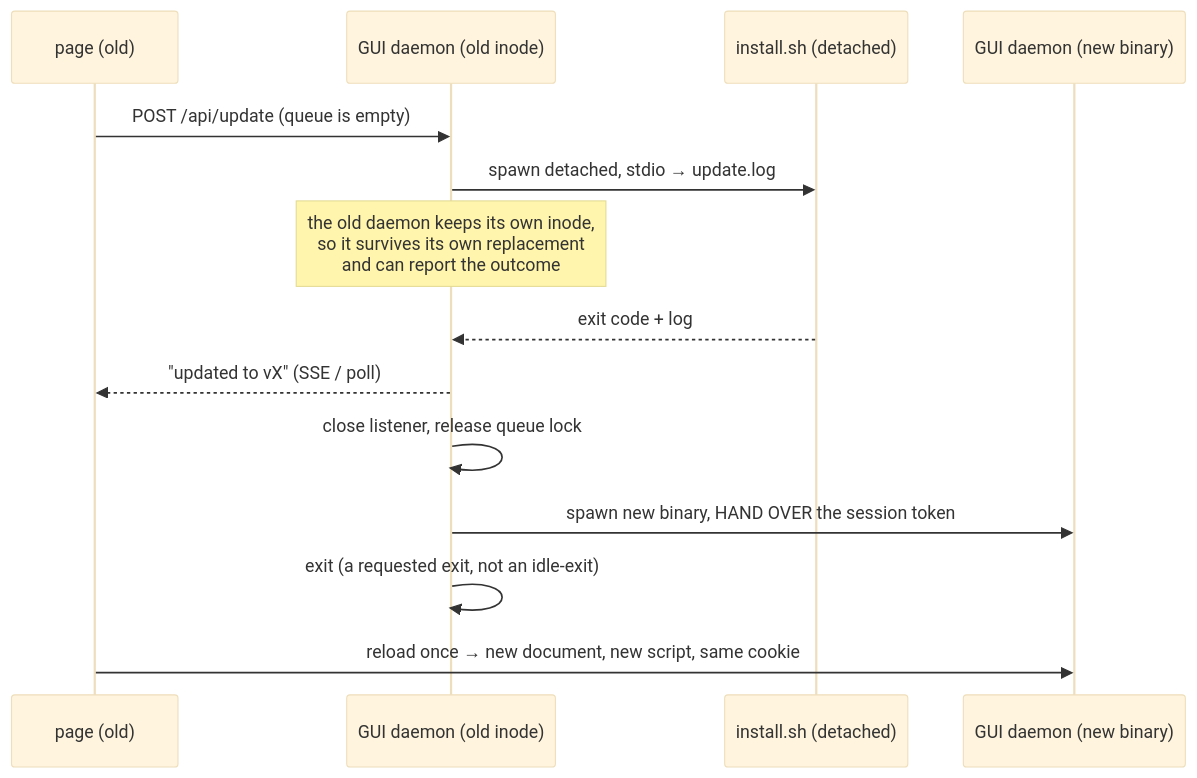
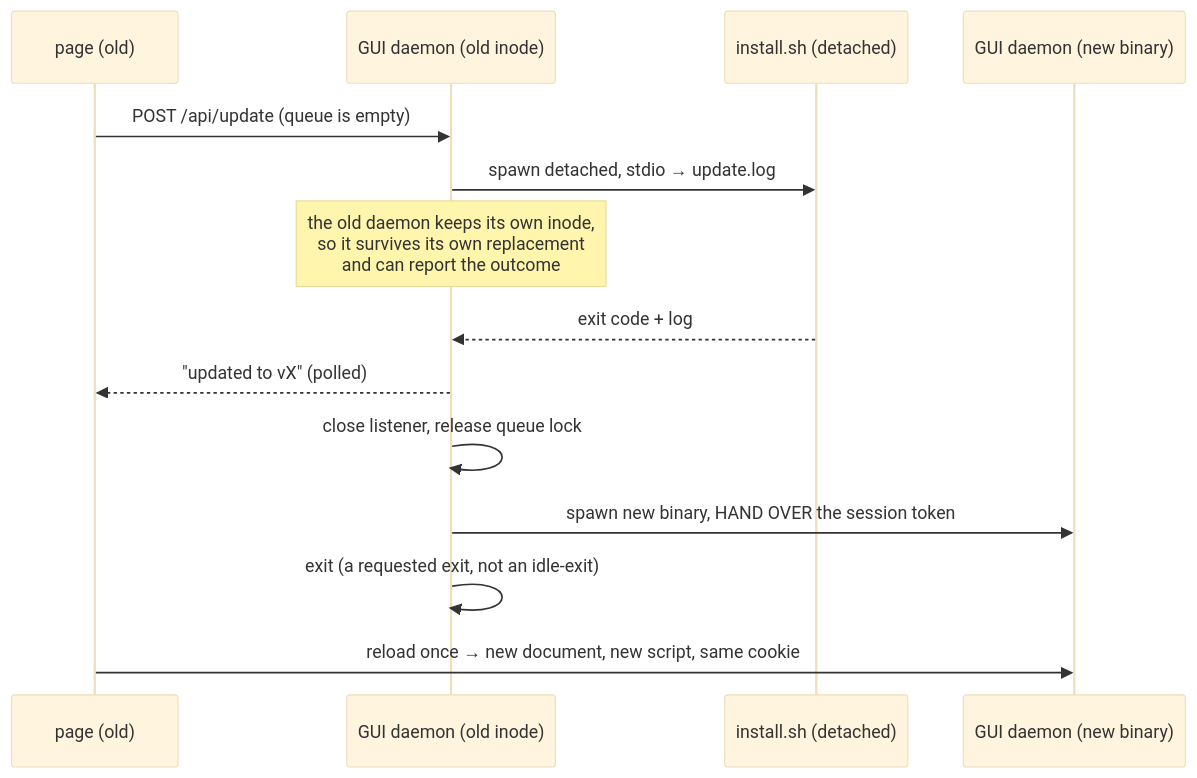
One commit to alergyonthestage/ytdl changed the diagram in docs/decisions/0016-cycle6plus-update-path.md. Above: the diagram before and after it, drawn with Mermaid (base theme). The commit also changed other lines of this file and 2 other files, not shown here.

````diff
--- a/docs/decisions/0016-cycle6plus-update-path.md
+++ b/docs/decisions/0016-cycle6plus-update-path.md
@@ -126,16 +193,16 @@
 ```mermaid
 sequenceDiagram
   participant P as page (old)
   participant D as GUI daemon (old inode)
   participant I as install.sh (detached)
   participant N as GUI daemon (new binary)
   P->>D: POST /api/update (queue is empty)
   D->>I: spawn detached, stdio → update.log
   Note over D: the old daemon keeps its own inode,<br/>so it survives its own replacement<br/>and can report the outcome
   I-->>D: exit code + log
-  D-->>P: "updated to vX" (SSE / poll)
+  D-->>P: "updated to vX" (polled)
   D->>D: close listener, release queue lock
   D->>N: spawn new binary, HAND OVER the session token
   D->>D: exit (a requested exit, not an idle-exit)
   P->>N: reload once → new document, new script, same cookie
 ```
````
